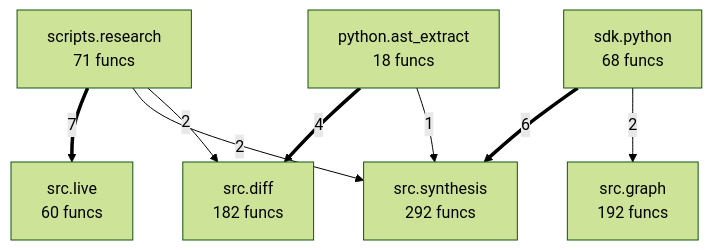
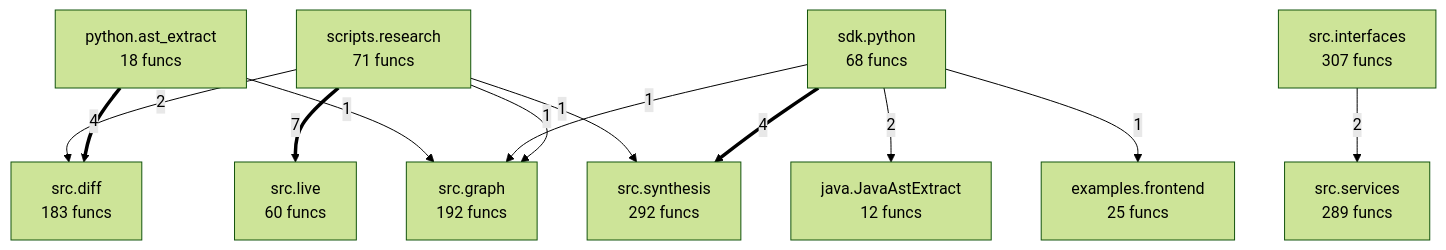
Before and after one commit to autogrammar/todo2code: the diagram in project/compact_flow.mmd, drawn with Mermaid (forest theme). The commit also changed 51 other files, not shown here.

```diff
--- a/project/compact_flow.mmd
+++ b/project/compact_flow.mmd
@@ -1,16 +1,24 @@
 flowchart TD
-%% generated in 0.04s
+%% generated in 0.05s
+    examples__frontend["examples.frontend<br/>25 funcs"]
+    java__JavaAstExtract["java.JavaAstExtract<br/>12 funcs"]
     python__ast_extract["python.ast_extract<br/>18 funcs"]
     scripts__research["scripts.research<br/>71 funcs"]
     sdk__python["sdk.python<br/>68 funcs"]
-    src__diff["src.diff<br/>182 funcs"]
+    src__diff["src.diff<br/>183 funcs"]
     src__graph["src.graph<br/>192 funcs"]
+    src__interfaces["src.interfaces<br/>307 funcs"]
     src__live["src.live<br/>60 funcs"]
+    src__services["src.services<br/>289 funcs"]
     src__synthesis["src.synthesis<br/>292 funcs"]
     scripts__research ==>|7| src__live
-    sdk__python ==>|6| src__synthesis
+    sdk__python ==>|4| src__synthesis
     python__ast_extract ==>|4| src__diff
-    sdk__python -->|2| src__graph
-    scripts__research -->|2| src__synthesis
+    src__interfaces -->|2| src__services
     scripts__research -->|2| src__diff
-    python__ast_extract -->|1| src__synthesis
+    sdk__python -->|2| java__JavaAstExtract
+    scripts__research -->|1| src__graph
+    scripts__research -->|1| src__synthesis
+    sdk__python -->|1| src__graph
+    python__ast_extract -->|1| src__graph
+    sdk__python -->|1| examples__frontend
```
